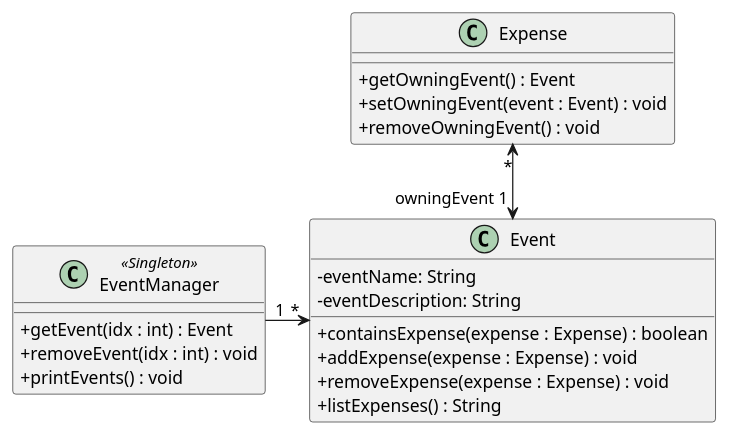
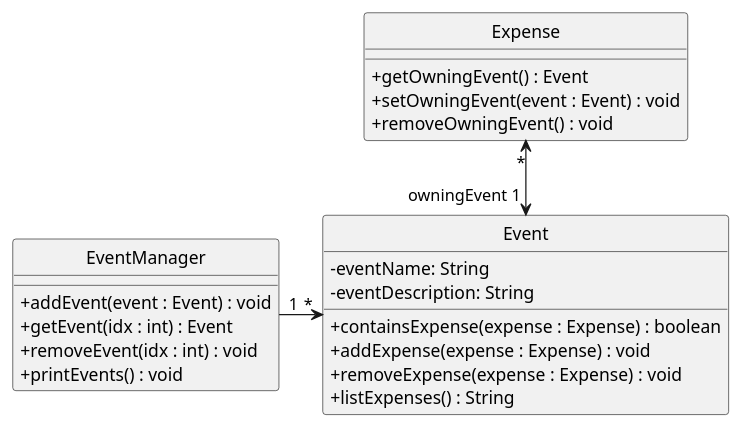
One commit to JianJiaT/tp changed the diagram in docs/team/UML_Files/Event_class.puml. Above: the diagram before and after it, drawn with PlantUML. The commit also changed 7 other files, not shown here.

```diff
--- a/docs/team/UML_Files/Event_class.puml
+++ b/docs/team/UML_Files/Event_class.puml
@@ -1,27 +1,31 @@
 @startuml
 skinparam classAttributeIconSize 0
+hide circle
+skinparam classAttributeIconSize 0
+
 class Event {
     - eventName: String
     - eventDescription: String
     + containsExpense(expense : Expense) : boolean
     + addExpense(expense : Expense) : void
     + removeExpense(expense : Expense) : void
     + listExpenses() : String
 }
 
-class EventManager <<Singleton>> {
+class EventManager {
+    + addEvent(event : Event) : void
     + getEvent(idx : int) : Event
     + removeEvent(idx : int) : void
     + printEvents() : void
 }
 
 class Expense {
     + getOwningEvent() : Event
     + setOwningEvent(event : Event) : void
     + removeOwningEvent() : void
 }
 
 Expense "*" <--> "owningEvent 1" Event
 EventManager "1" -> "*"Event
 
 @enduml
```
